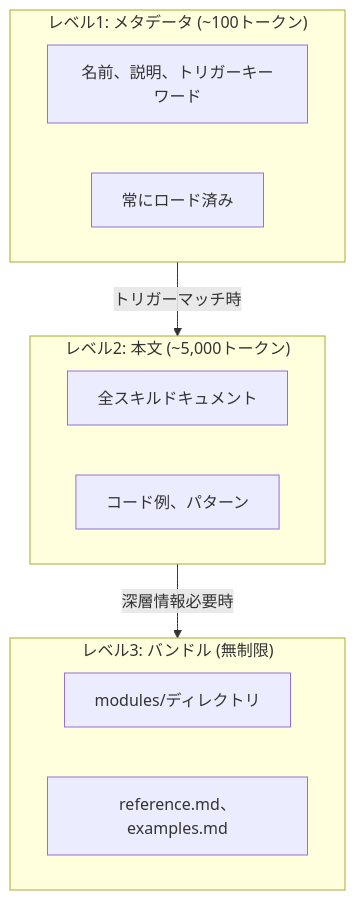
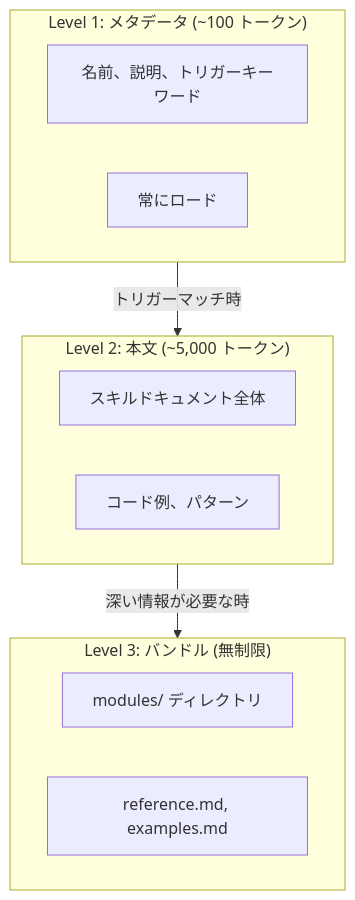
One commit to modu-ai/moai-adk changed the second of 4 diagrams in docs-site/content/ja/advanced/skill-guide.md. Above: the diagram before and after it, drawn with Mermaid. The commit also changed other lines of this file and 395 other files, not shown here.

````diff
--- a/docs-site/content/ja/advanced/skill-guide.md
+++ b/docs-site/content/ja/advanced/skill-guide.md
@@ -119,21 +118,21 @@
 ```mermaid
 flowchart TD
-    subgraph L1["レベル1: メタデータ (~100トークン)"]
+    subgraph L1["Level 1: メタデータ (~100 トークン)"]
         M1["名前、説明、トリガーキーワード"]
-        M2["常にロード済み"]
+        M2["常にロード"]
     end
 
-    subgraph L2["レベル2: 本文 (~5,000トークン)"]
-        B1["全スキルドキュメント"]
+    subgraph L2["Level 2: 本文 (~5,000 トークン)"]
+        B1["スキルドキュメント全体"]
         B2["コード例、パターン"]
     end
 
-    subgraph L3["レベル3: バンドル (無制限)"]
-        R1["modules/ディレクトリ"]
-        R2["reference.md、examples.md"]
+    subgraph L3["Level 3: バンドル (無制限)"]
+        R1["modules/ ディレクトリ"]
+        R2["reference.md, examples.md"]
     end
 
     L1 -->|"トリガーマッチ時"| L2
-    L2 -->|"深層情報必要時"| L3
+    L2 -->|"深い情報が必要な時"| L3
 
 ```
````
